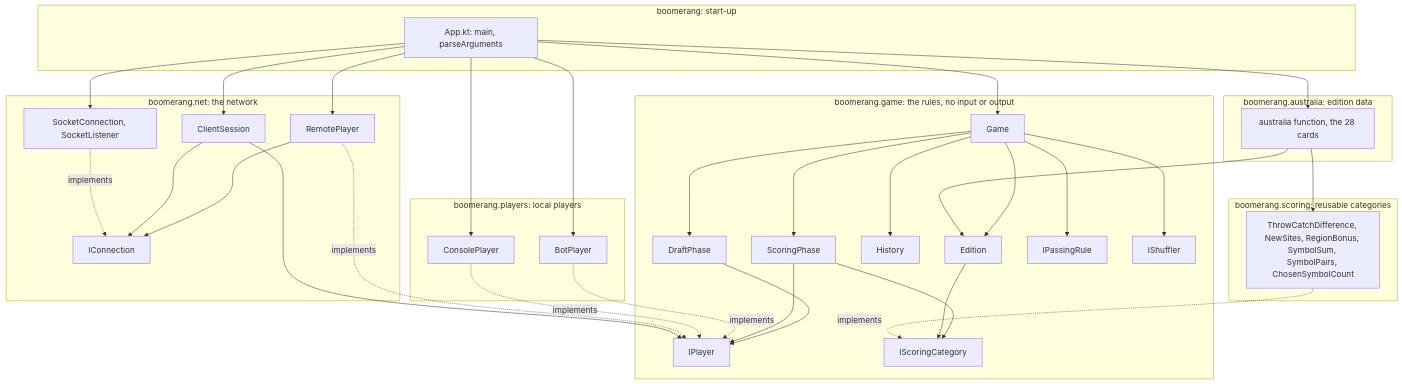
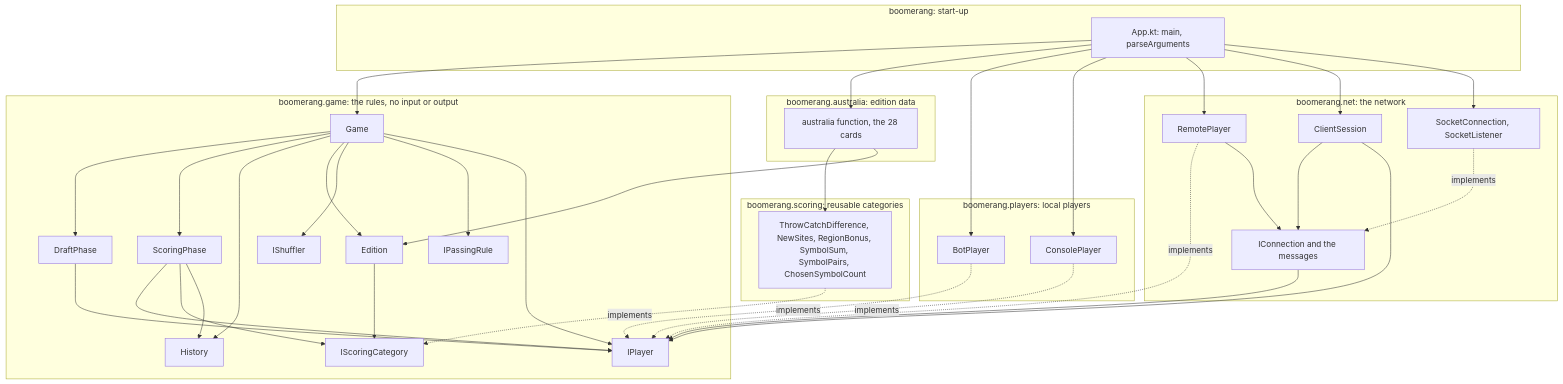
The first of 3 diagrams in docs/ARCHITECTURE.md (laszloprekop/boomerang-australia), drawn with Mermaid before and after one commit. The commit also changed other lines of this file, not shown here.

Commit message:
docs: architecture, sentences corrected after the review, known limits listed

````diff
--- a/docs/ARCHITECTURE.md
+++ b/docs/ARCHITECTURE.md
@@ -40,60 +40,63 @@
 ```mermaid
 flowchart TD
     subgraph startup["boomerang: start-up"]
         App["App.kt: main, parseArguments"]
     end
     subgraph game["boomerang.game: the rules, no input or output"]
         Game["Game"]
         DraftPhase["DraftPhase"]
         ScoringPhase["ScoringPhase"]
         History["History"]
         Edition["Edition"]
         IPlayer["IPlayer"]
         ICategory["IScoringCategory"]
         IPassingRule["IPassingRule"]
         IShuffler["IShuffler"]
     end
     subgraph scoring["boomerang.scoring: reusable categories"]
         Cats["ThrowCatchDifference, NewSites, RegionBonus, SymbolSum, SymbolPairs, ChosenSymbolCount"]
     end
     subgraph australia["boomerang.australia: edition data"]
         Aus["australia function, the 28 cards"]
     end
     subgraph players["boomerang.players: local players"]
         Bot["BotPlayer"]
         Console["ConsolePlayer"]
     end
     subgraph net["boomerang.net: the network"]
         Remote["RemotePlayer"]
         Session["ClientSession"]
-        IConn["IConnection"]
+        IConn["IConnection and the messages"]
         Sock["SocketConnection, SocketListener"]
     end
     Game --> DraftPhase
     Game --> ScoringPhase
     Game --> History
     Game --> Edition
     Game --> IShuffler
     Game --> IPassingRule
+    Game --> IPlayer
     DraftPhase --> IPlayer
     ScoringPhase --> IPlayer
     ScoringPhase --> ICategory
+    ScoringPhase --> History
     Edition --> ICategory
     Cats -.implements.-> ICategory
     Aus --> Cats
     Aus --> Edition
     Bot -.implements.-> IPlayer
     Console -.implements.-> IPlayer
     Remote -.implements.-> IPlayer
     Remote --> IConn
     Session --> IConn
     Session --> IPlayer
+    IConn --> IPlayer
     Sock -.implements.-> IConn
     App --> Game
     App --> Aus
     App --> Bot
     App --> Console
     App --> Remote
     App --> Session
     App --> Sock
 ```
````
